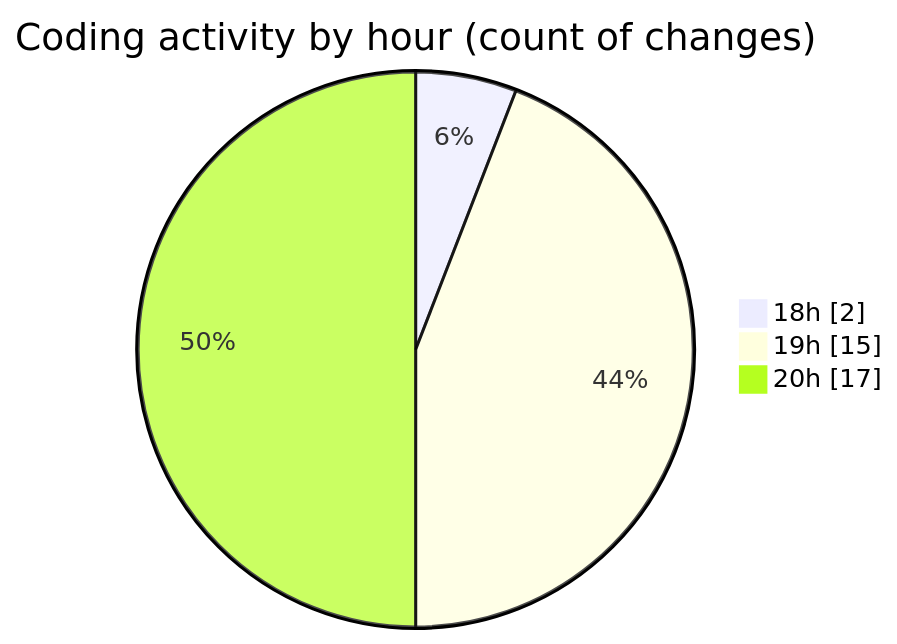
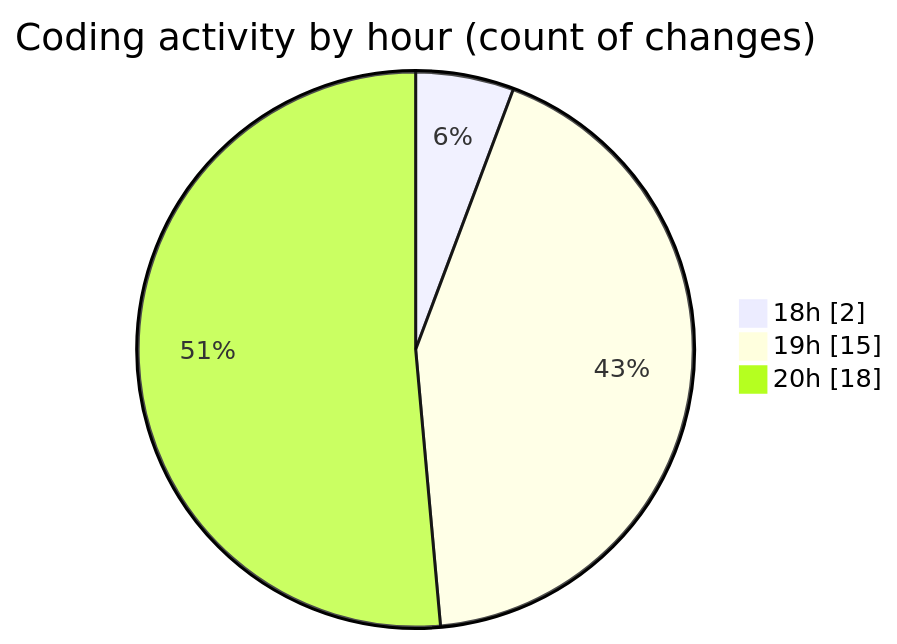
The second of 2 diagrams in 2025-02-27/myws__workspace_/README.md (MatusMokan/code-tracking), drawn with Mermaid before and after one commit. The commit also changed other lines of this file and 1 other file, not shown here.

````diff
--- a/2025-02-27/myws__workspace_/README.md
+++ b/2025-02-27/myws__workspace_/README.md
@@ -29,7 +29,7 @@
 ```mermaid
 pie showData
 title Coding activity by hour (count of changes)
 "18h" : 2
 "19h" : 15
-"20h" : 17
+"20h" : 18
 ```
````
